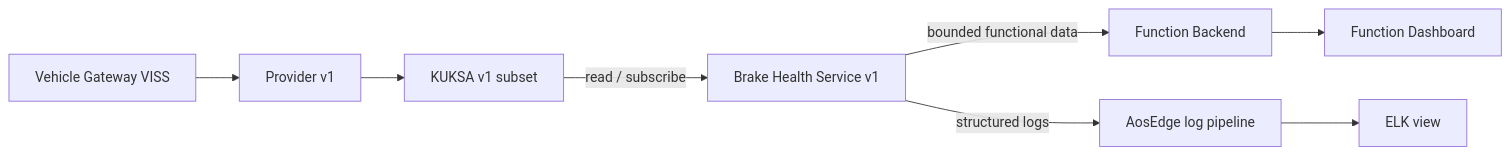
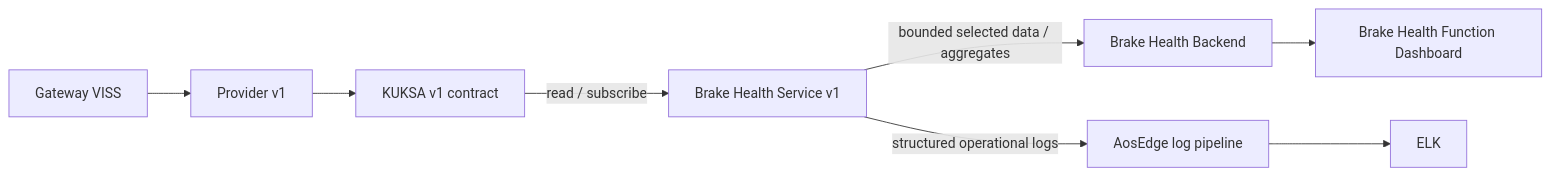
Before and after one commit to alexmaninblack/aosedge-sdv-demo: the eighth of 17 diagrams in docs/architecture/demo-scenario-architecture-flows.md, drawn with Mermaid. The commit also changed other lines of this file and 51 other files, not shown here.

````diff
--- a/docs/architecture/demo-scenario-architecture-flows.md
+++ b/docs/architecture/demo-scenario-architecture-flows.md
@@ -270,10 +441,8 @@
 ```mermaid
 flowchart LR
-    VISS["Vehicle Gateway VISS"] --> PIN["Provider v1"]
-    PIN --> KUKSA["KUKSA v1 subset"]
+    VISS["Gateway VISS"] --> P1["Provider v1"] --> KUKSA["KUKSA v1 contract"]
     KUKSA -->|"read / subscribe"| S1["Brake Health Service v1"]
-    S1 -->|"bounded functional data"| FB["Function Backend"]
-    FB --> FD["Function Dashboard"]
-    S1 -->|"structured logs"| LP["AosEdge log pipeline"]
-    LP --> ELK["ELK view"]
+    S1 -->|"bounded selected data / aggregates"| BE["Brake Health Backend"]
+    BE --> BD["Brake Health Function Dashboard"]
+    S1 -->|"structured operational logs"| LP["AosEdge log pipeline"] --> ELK["ELK"]
 ```
````
